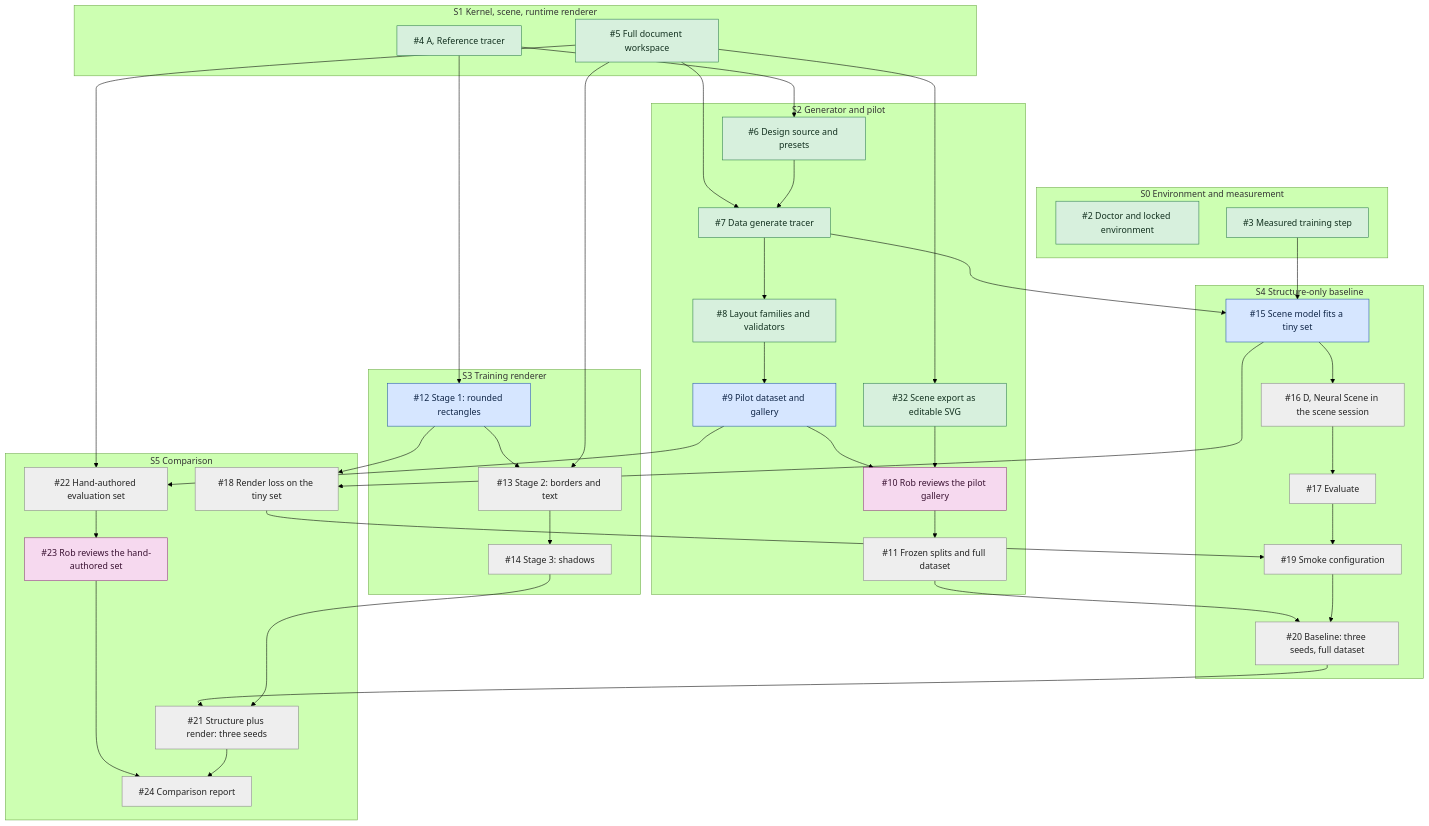
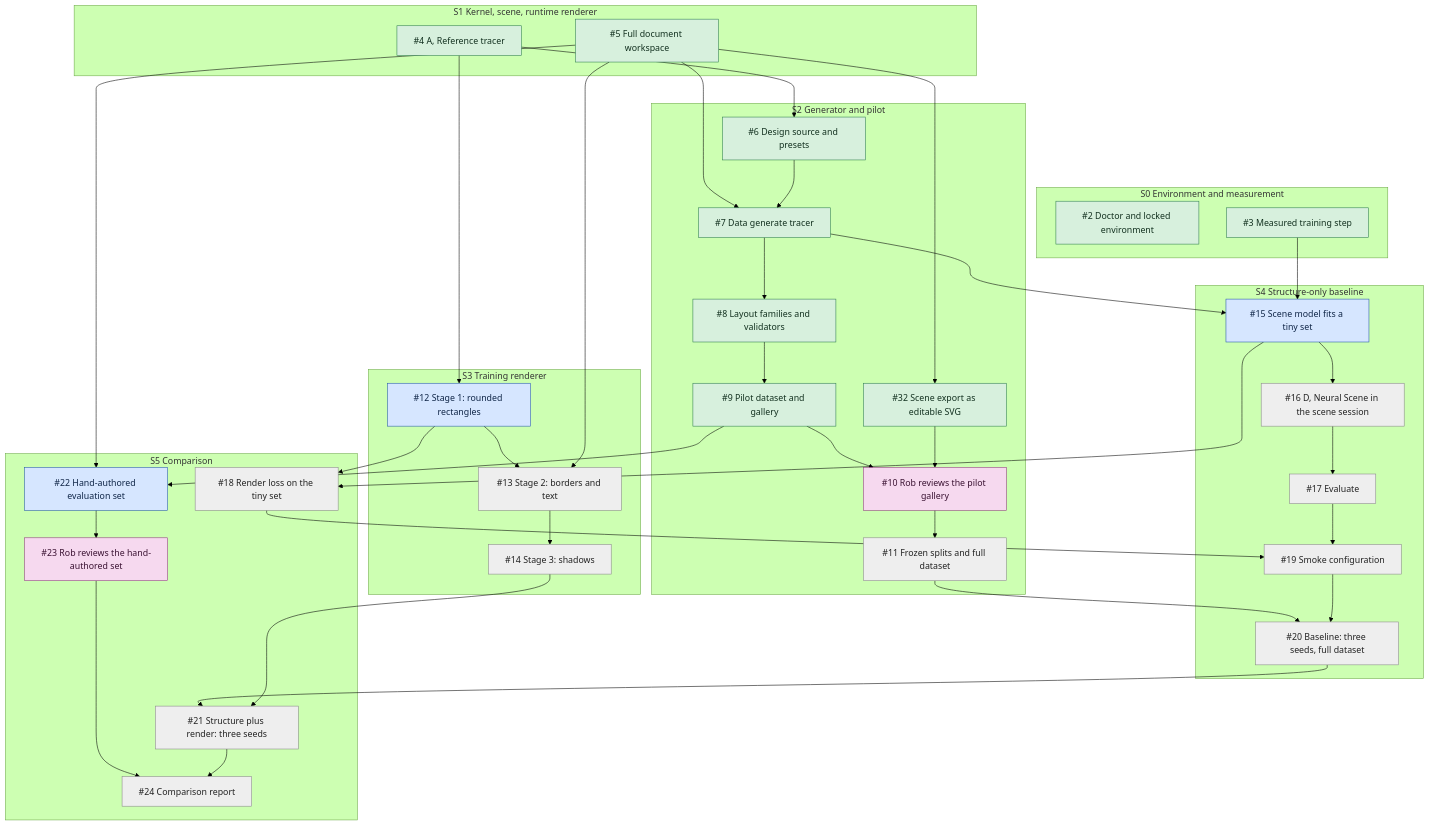
The diagram in docs/roadmap.md (robdhyman/core-ultra-neural-engine), drawn with Mermaid (forest theme) before and after one commit. The commit also changed other lines of this file and 28 other files, not shown here.

First line of the commit message:
Add the pilot dataset, `data gallery` and `measure generation` (#36)

````diff
--- a/docs/roadmap.md
+++ b/docs/roadmap.md
@@ -26,61 +26,61 @@
 ```mermaid
 flowchart TD
     classDef done fill:#d7f0dd,stroke:#2e7d4f,color:#12301f
     classDef ready fill:#d6e6ff,stroke:#2457a6,color:#0f2547
     classDef waiting fill:#eeeeee,stroke:#888888,color:#222222
     classDef rob fill:#f6d9ef,stroke:#8e3a7c,color:#3a1232
 
     subgraph S0["S0 Environment and measurement"]
         i2["#2 Doctor and locked environment"]:::done
         i3["#3 Measured training step"]:::done
     end
     subgraph S1["S1 Kernel, scene, runtime renderer"]
         i4["#4 A, Reference tracer"]:::done
         i5["#5 Full document workspace"]:::done
     end
     subgraph S2["S2 Generator and pilot"]
         i6["#6 Design source and presets"]:::done
         i7["#7 Data generate tracer"]:::done
         i8["#8 Layout families and validators"]:::done
-        i9["#9 Pilot dataset and gallery"]:::ready
+        i9["#9 Pilot dataset and gallery"]:::done
         i32["#32 Scene export as editable SVG"]:::done
         i10["#10 Rob reviews the pilot gallery"]:::rob
         i11["#11 Frozen splits and full dataset"]:::waiting
     end
     subgraph S3["S3 Training renderer"]
         i12["#12 Stage 1: rounded rectangles"]:::ready
         i13["#13 Stage 2: borders and text"]:::waiting
         i14["#14 Stage 3: shadows"]:::waiting
     end
     subgraph S4["S4 Structure-only baseline"]
         i15["#15 Scene model fits a tiny set"]:::ready
         i16["#16 D, Neural Scene in the scene session"]:::waiting
         i17["#17 Evaluate"]:::waiting
         i19["#19 Smoke configuration"]:::waiting
         i20["#20 Baseline: three seeds, full dataset"]:::waiting
     end
     subgraph S5["S5 Comparison"]
         i18["#18 Render loss on the tiny set"]:::waiting
         i21["#21 Structure plus render: three seeds"]:::waiting
-        i22["#22 Hand-authored evaluation set"]:::waiting
+        i22["#22 Hand-authored evaluation set"]:::ready
         i23["#23 Rob reviews the hand-authored set"]:::rob
         i24["#24 Comparison report"]:::waiting
     end
 
     i4 --> i6
     i5 --> i7
     i6 --> i7 --> i8 --> i9 --> i10 --> i11
     i5 --> i32 --> i10
     i4 --> i12 --> i13 --> i14
     i5 --> i13
     i3 --> i15
     i7 --> i15 --> i16 --> i17 --> i19
     i12 --> i18
     i15 --> i18 --> i19
     i11 --> i20
     i19 --> i20 --> i21
     i14 --> i21
     i5 --> i22
     i9 --> i22 --> i23 --> i24
     i21 --> i24
 ```
````
